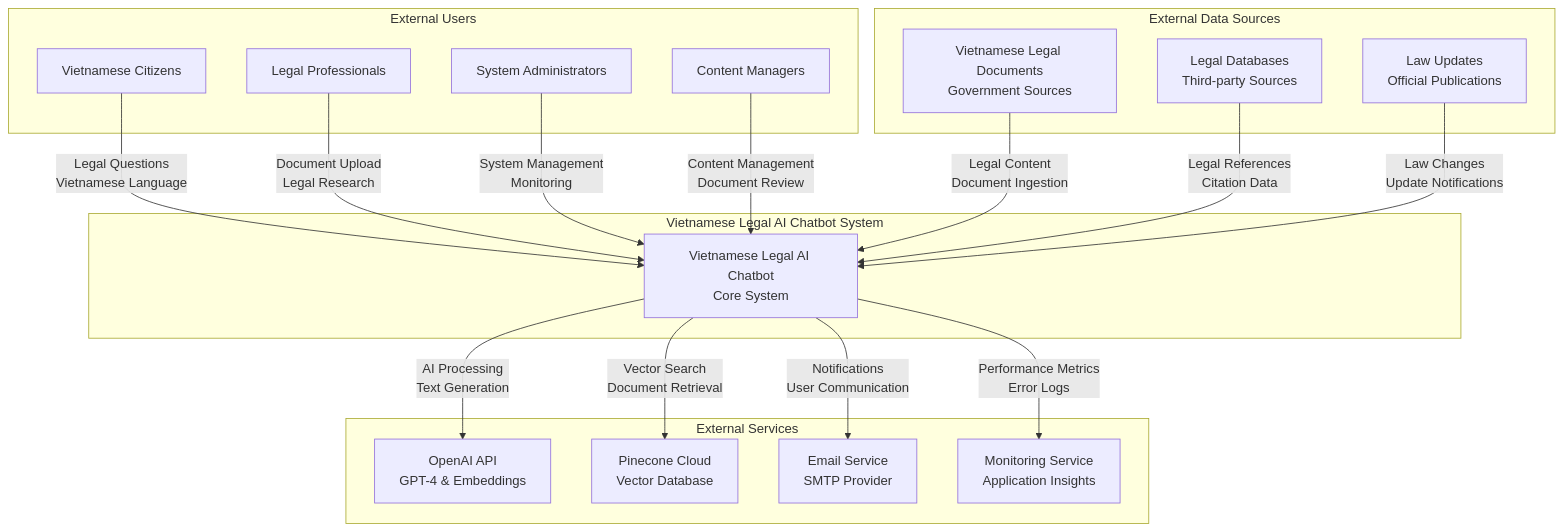
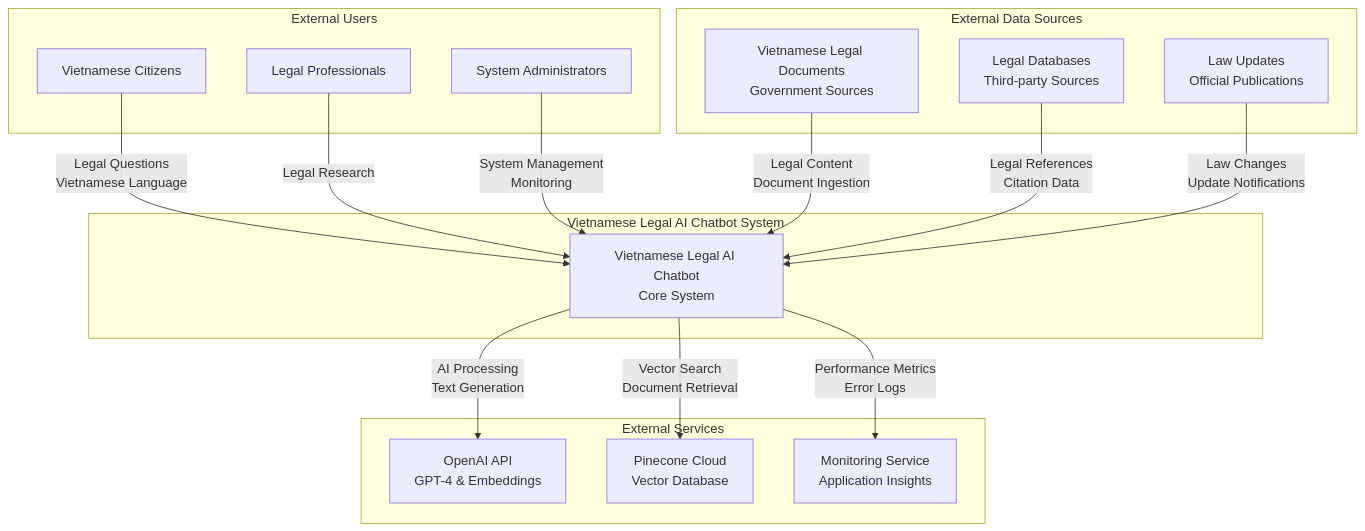
The second of 15 diagrams in vietnamese_legal_chatbot/docs/system-architecture.md (LePhuongPhuong/F1-Hackathon-CopilotTeam), drawn with Mermaid before and after one commit. The commit also changed other lines of this file and 15 other files, not shown here.

````diff
--- a/vietnamese_legal_chatbot/docs/system-architecture.md
+++ b/vietnamese_legal_chatbot/docs/system-architecture.md
@@ -84,40 +76,36 @@
 ```mermaid
 graph TB
     subgraph "External Users"
         U1[Vietnamese Citizens]
         U2[Legal Professionals]
         U3[System Administrators]
-        U4[Content Managers]
     end
     
     subgraph "Vietnamese Legal AI Chatbot System"
         SYS[Vietnamese Legal AI Chatbot<br/>Core System]
     end
     
     subgraph "External Services"
         E1[OpenAI API<br/>GPT-4 & Embeddings]
         E2[Pinecone Cloud<br/>Vector Database]
-        E3[Email Service<br/>SMTP Provider]
         E4[Monitoring Service<br/>Application Insights]
     end
     
     subgraph "External Data Sources"
         D1[Vietnamese Legal Documents<br/>Government Sources]
         D2[Legal Databases<br/>Third-party Sources]
         D3[Law Updates<br/>Official Publications]
     end
     
     U1 -->|Legal Questions<br/>Vietnamese Language| SYS
-    U2 -->|Document Upload<br/>Legal Research| SYS
+    U2 -->|Legal Research| SYS
     U3 -->|System Management<br/>Monitoring| SYS
-    U4 -->|Content Management<br/>Document Review| SYS
-    
+
     SYS -->|AI Processing<br/>Text Generation| E1
     SYS -->|Vector Search<br/>Document Retrieval| E2
-    SYS -->|Notifications<br/>User Communication| E3
     SYS -->|Performance Metrics<br/>Error Logs| E4
     
     D1 -->|Legal Content<br/>Document Ingestion| SYS
     D2 -->|Legal References<br/>Citation Data| SYS
     D3 -->|Law Changes<br/>Update Notifications| SYS
 ```
````
